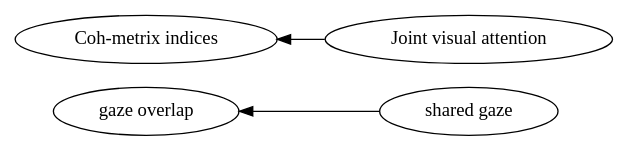
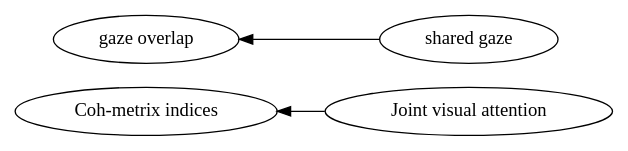
One commit to hgse-schneider/mmca changed the diagram in graphviz/Gaze -> other.gv. Above: the diagram before and after it, drawn with Graphviz. The commit also changed 168 other files, not shown here.

First line of the commit message:
resized the graphs

```diff
--- a/graphviz/Gaze -> other.gv
+++ b/graphviz/Gaze -> other.gv
@@ -1,12 +1,12 @@
 digraph Test {
 	rankdir=RL
-	size="15,15"
+	size="10,10"
 	overlap=false
 	splines=true
-	{rank=same; "shared gaze" "Joint visual attention";}
-	{rank=same; "Coh-metrix indices" "gaze overlap";}
+	{rank=same; "Joint visual attention" "shared gaze";}
+	{rank=same; "gaze overlap" "Coh-metrix indices";}
 	"Joint visual attention" [href="https://scholar.google.com/scholar?hl=en&q=Predicting%20the%20Quality%20of%20Collaborative%20Problem%20Solving%20Through%20Linguistic%20Analysis%20of%20Discourse"]
 	"Joint visual attention" -> "Coh-metrix indices"
 	"shared gaze" [href="https://scholar.google.com/scholar?hl=en&q=Effects%20of%20Shared%20Gaze%20on%20Audio-%20Versus%20Text-Based%20Remote%20Collaborations"]
 	"shared gaze" -> "gaze overlap"
 }
```
